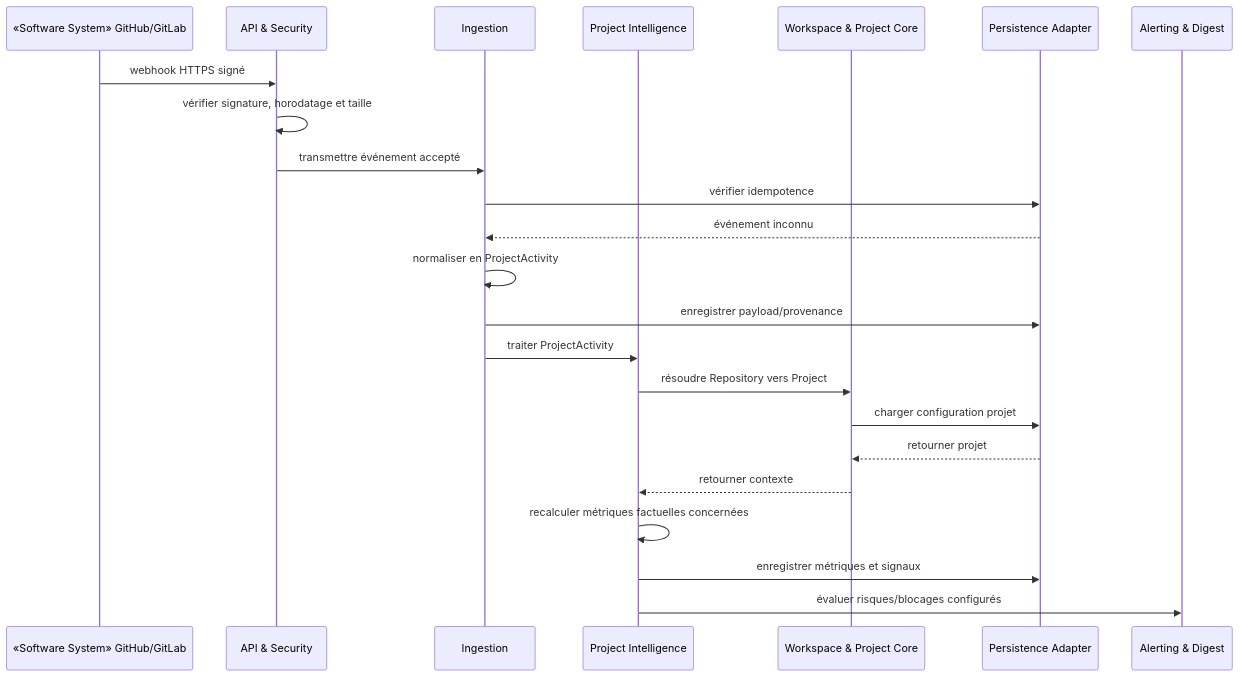
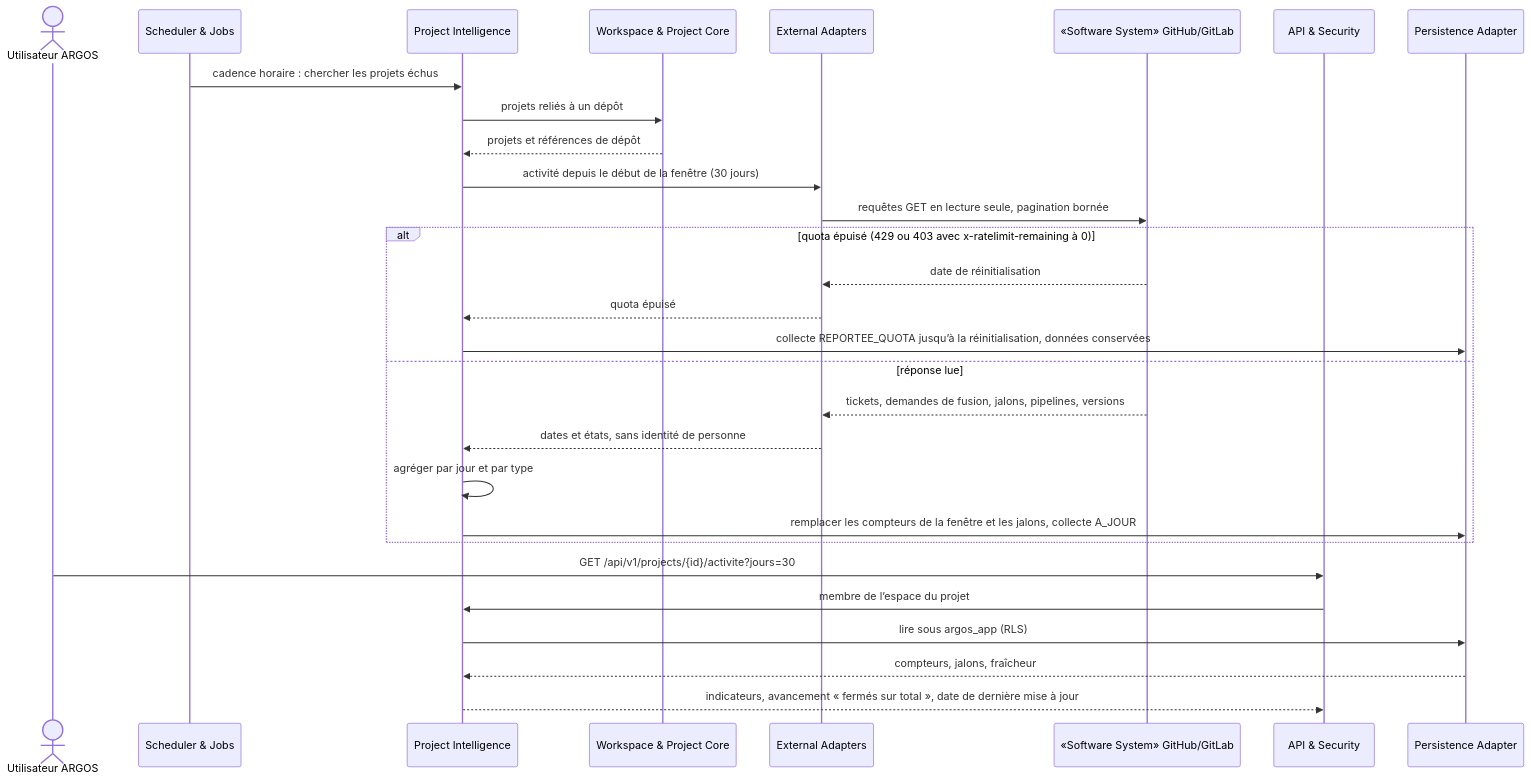
The fourth of 6 diagrams in docs/architecture/arc42/06-vue-execution.md (FTurleque/argos-tech-platform), drawn with Mermaid before and after one commit. The commit also changed other lines of this file and 7 other files, not shown here.

Commit message:
docs(activite-projets): fiche, arc42, glossaire et traçabilité de mesurer-activite-projets

````diff
--- a/docs/architecture/arc42/06-vue-execution.md
+++ b/docs/architecture/arc42/06-vue-execution.md
@@ -139,26 +139,32 @@
 ```mermaid
 sequenceDiagram
-    participant Ext as «Software System» GitHub/GitLab
-    participant API as API & Security
-    participant Ingestion as Ingestion
+    actor User as Utilisateur ARGOS
+    participant Sched as Scheduler & Jobs
     participant Proj as Project Intelligence
     participant Core as Workspace & Project Core
+    participant Ext as External Adapters
+    participant Forge as «Software System» GitHub/GitLab
+    participant API as API & Security
     participant Persist as Persistence Adapter
-    participant Alert as Alerting & Digest
 
-    Ext->>API: webhook HTTPS signé
-    API->>API: vérifier signature, horodatage et taille
-    API->>Ingestion: transmettre événement accepté
-    Ingestion->>Persist: vérifier idempotence
-    Persist-->>Ingestion: événement inconnu
-    Ingestion->>Ingestion: normaliser en ProjectActivity
-    Ingestion->>Persist: enregistrer payload/provenance
-    Ingestion->>Proj: traiter ProjectActivity
-    Proj->>Core: résoudre Repository vers Project
-    Core->>Persist: charger configuration projet
-    Persist-->>Core: retourner projet
-    Core-->>Proj: retourner contexte
-    Proj->>Proj: recalculer métriques factuelles concernées
-    Proj->>Persist: enregistrer métriques et signaux
-    Proj->>Alert: évaluer risques/blocages configurés
+    Sched->>Proj: cadence horaire : chercher les projets échus
+    Proj->>Core: projets reliés à un dépôt
+    Core-->>Proj: projets et références de dépôt
+    Proj->>Ext: activité depuis le début de la fenêtre (30 jours)
+    Ext->>Forge: requêtes GET en lecture seule, pagination bornée
+    alt quota épuisé (429 ou 403 avec x-ratelimit-remaining à 0)
+        Forge-->>Ext: date de réinitialisation
+        Ext-->>Proj: quota épuisé
+        Proj->>Persist: collecte REPORTEE_QUOTA jusqu’à la réinitialisation, données conservées
+    else réponse lue
+        Forge-->>Ext: tickets, demandes de fusion, jalons, pipelines, versions
+        Ext-->>Proj: dates et états, sans identité de personne
+        Proj->>Proj: agréger par jour et par type
+        Proj->>Persist: remplacer les compteurs de la fenêtre et les jalons, collecte A_JOUR
+    end
+    User->>API: GET /api/v1/projects/{id}/activite?jours=30
+    API->>Proj: membre de l’espace du projet
+    Proj->>Persist: lire sous argos_app (RLS)
+    Persist-->>Proj: compteurs, jalons, fraîcheur
+    Proj-->>API: indicateurs, avancement « fermés sur total », date de dernière mise à jour
 ```
````
